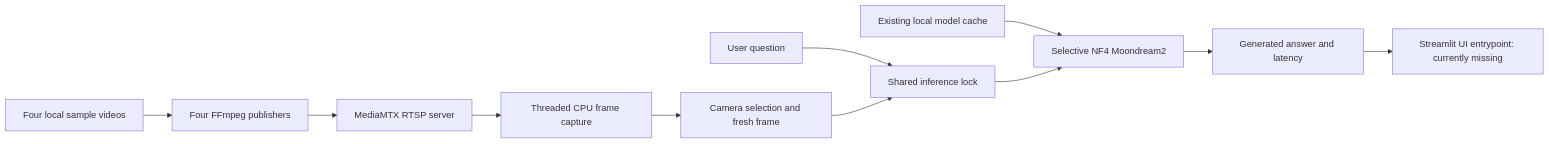
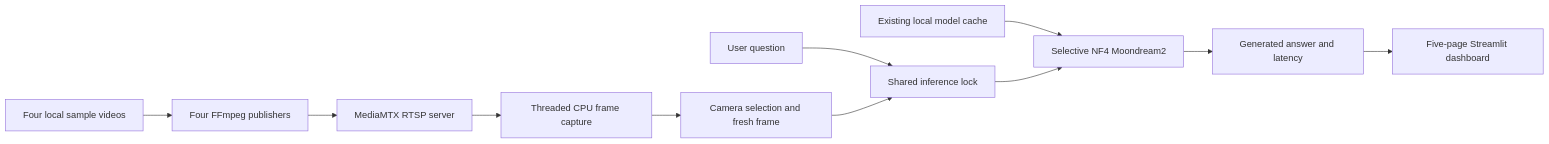
Before and after one commit to vanajasudha/VLM-EDGE: the diagram in README.md, drawn with Mermaid. The commit also changed other lines of this file and 35 other files, not shown here.

````diff
--- a/README.md
+++ b/README.md
@@ -27,13 +27,13 @@
 ```mermaid
 flowchart LR
     V[Four local sample videos] --> F[Four FFmpeg publishers]
     F --> M[MediaMTX RTSP server]
     M --> C[Threaded CPU frame capture]
     C --> S[Camera selection and fresh frame]
     Q[User question] --> L[Shared inference lock]
     S --> L
     H[Existing local model cache] --> N[Selective NF4 Moondream2]
     L --> N
     N --> A[Generated answer and latency]
-    A --> U[Streamlit UI entrypoint: currently missing]
+    A --> U[Five-page Streamlit dashboard]
 ```
````
